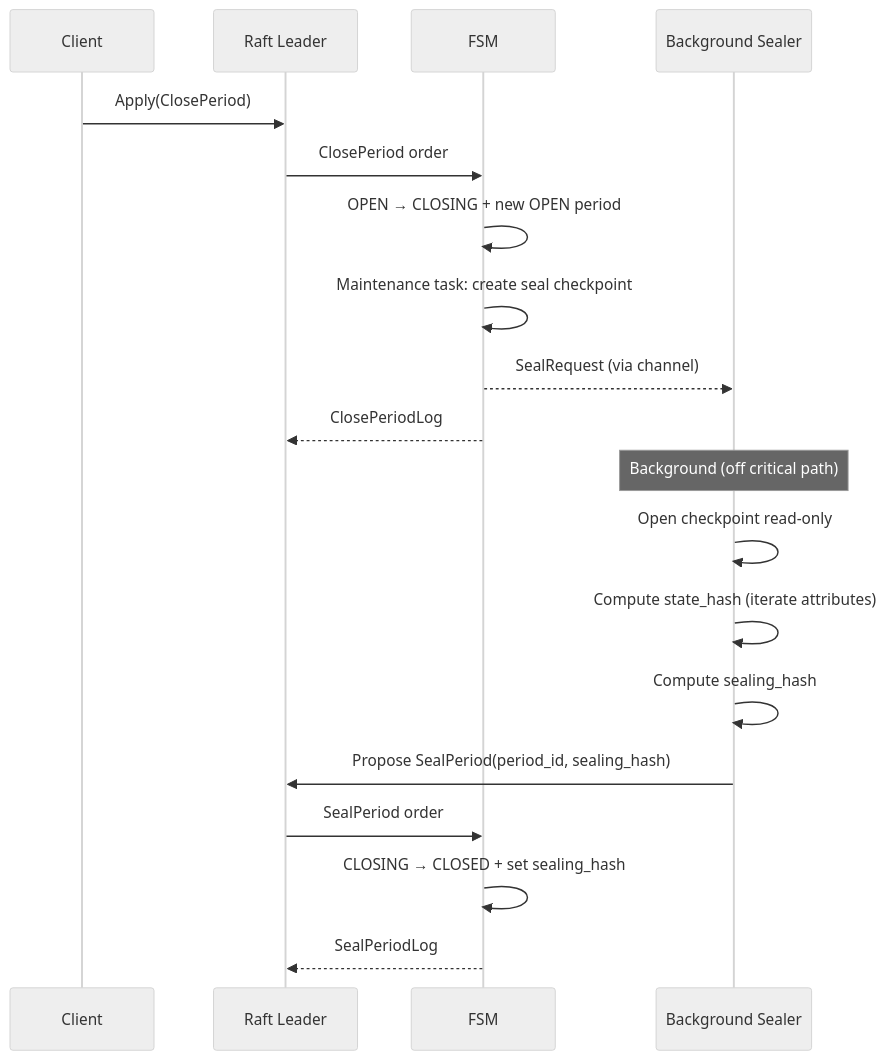
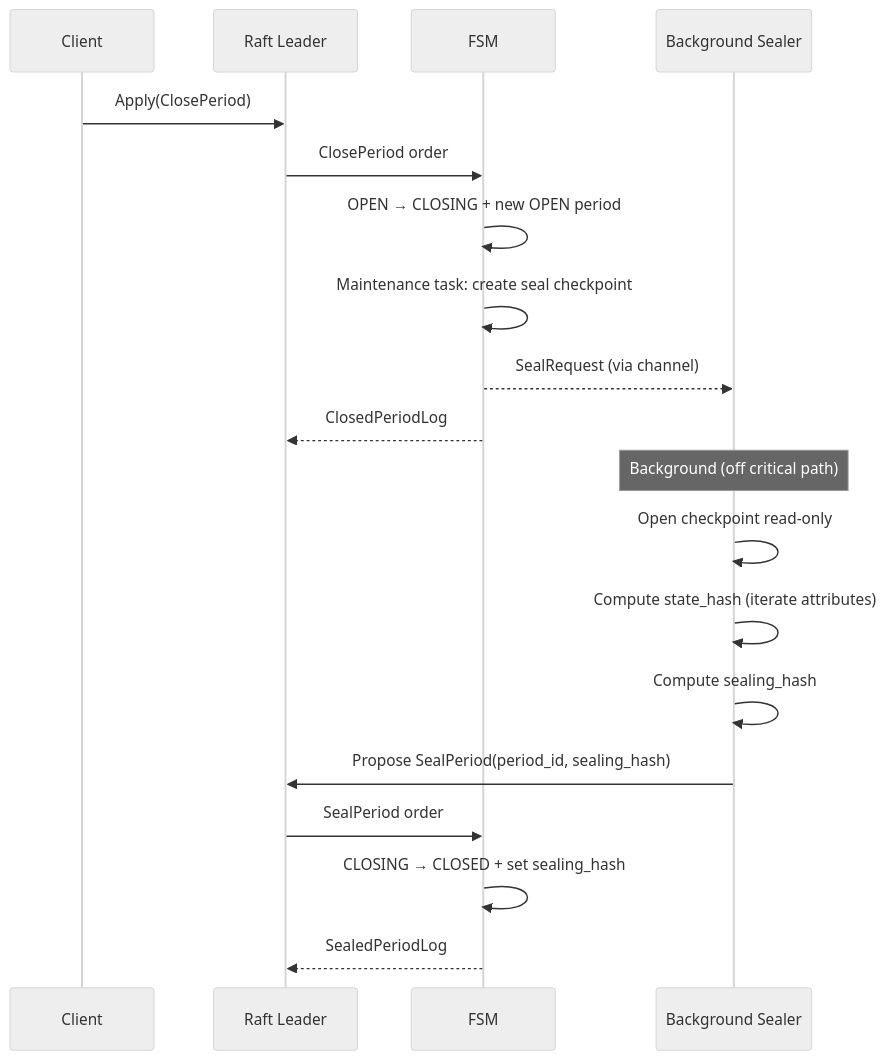
Before and after one commit to formancehq/ledger: the second of 3 diagrams in docs/technical/architecture/data-model/periods.md, drawn with Mermaid (neutral theme). The commit also changed other lines of this file and 41 other files, not shown here.

````diff
--- a/docs/technical/architecture/data-model/periods.md
+++ b/docs/technical/architecture/data-model/periods.md
@@ -103,24 +103,24 @@
 ```mermaid
 sequenceDiagram
     participant Client
     participant Leader as Raft Leader
     participant FSM
     participant Sealer as Background Sealer
 
     Client->>Leader: Apply(ClosePeriod)
     Leader->>FSM: ClosePeriod order
     FSM->>FSM: OPEN → CLOSING + new OPEN period
     FSM->>FSM: Maintenance task: create seal checkpoint
     FSM-->>Sealer: SealRequest (via channel)
-    FSM-->>Leader: ClosePeriodLog
+    FSM-->>Leader: ClosedPeriodLog
 
     Note over Sealer: Background (off critical path)
     Sealer->>Sealer: Open checkpoint read-only
     Sealer->>Sealer: Compute state_hash (iterate attributes)
     Sealer->>Sealer: Compute sealing_hash
     Sealer->>Leader: Propose SealPeriod(period_id, sealing_hash)
 
     Leader->>FSM: SealPeriod order
     FSM->>FSM: CLOSING → CLOSED + set sealing_hash
-    FSM-->>Leader: SealPeriodLog
+    FSM-->>Leader: SealedPeriodLog
 ```
````
